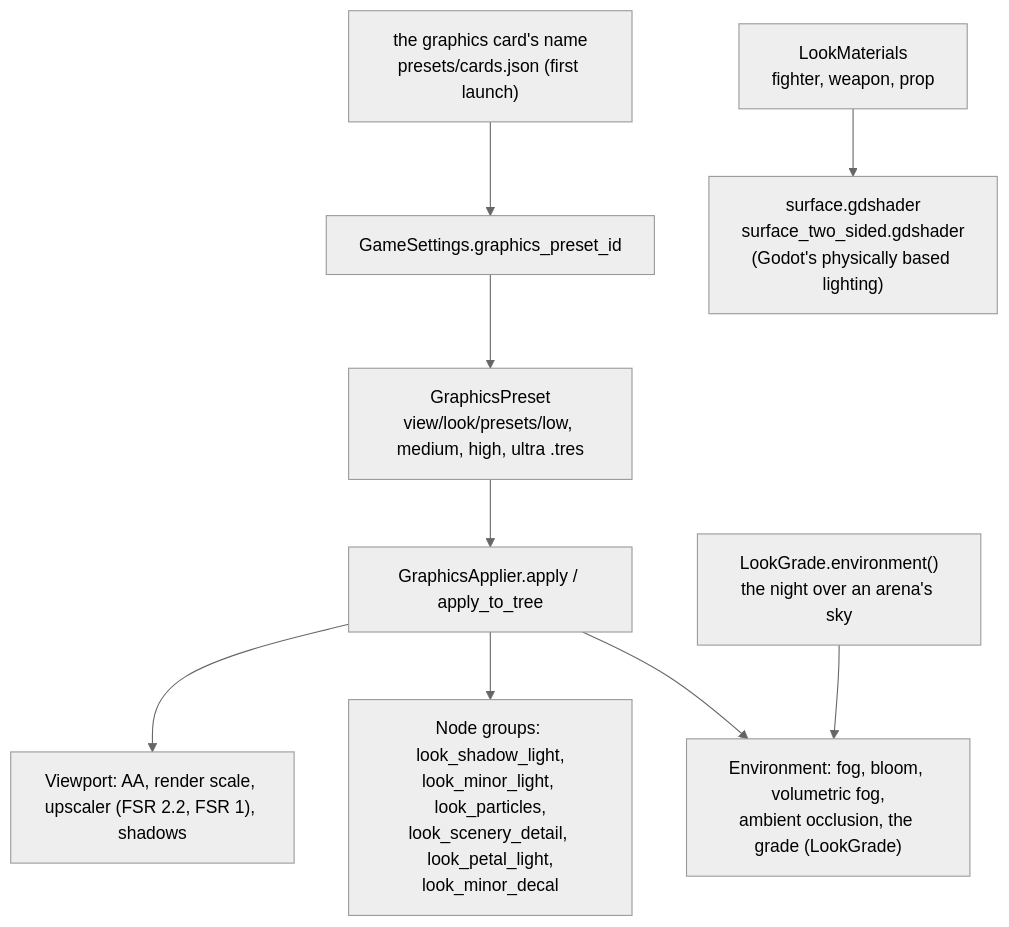
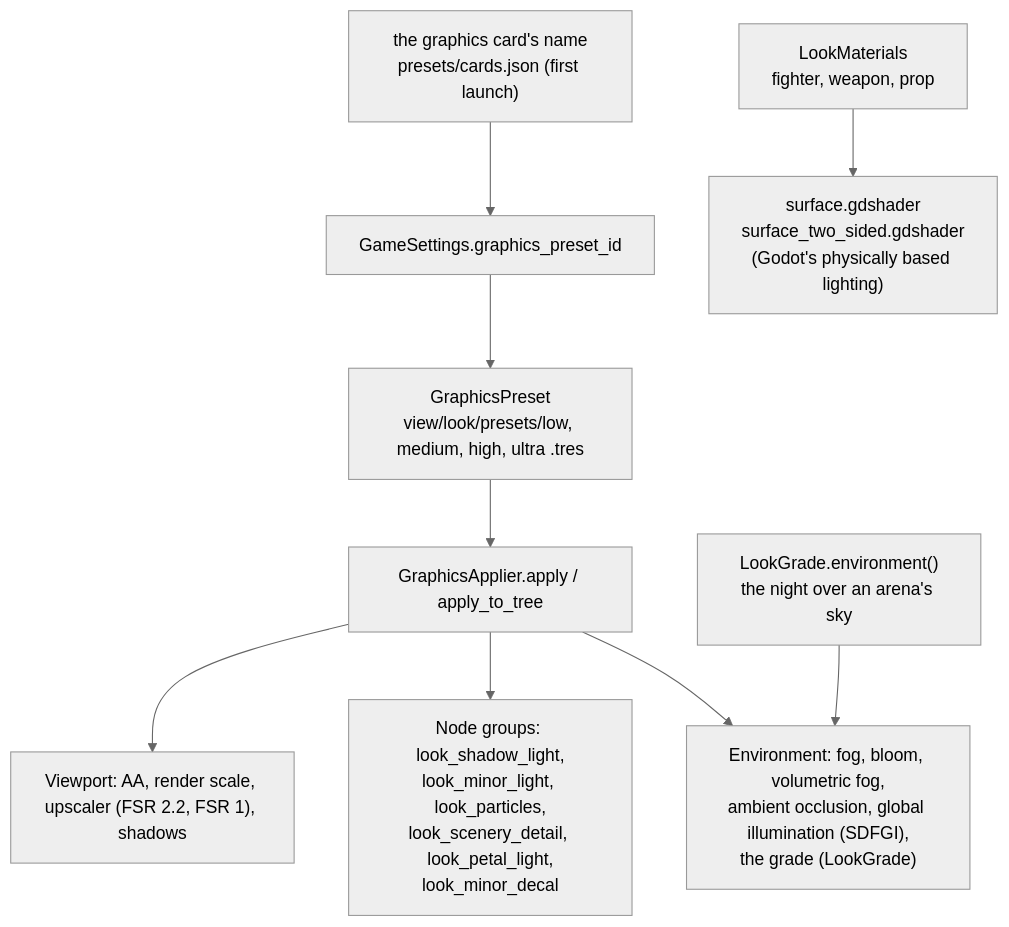
Diagram 15 of 22 in docs/architecture.md (Arod231/monomachia), drawn with Mermaid (neutral theme) before and after one commit. The commit also changed 23 other files, not shown here.

````diff
--- a/docs/architecture.md
+++ b/docs/architecture.md
@@ -787,12 +787,12 @@
 ```mermaid
 flowchart TD
     CARD["the graphics card's name<br/>presets/cards.json (first launch)"] --> GSET
     GSET["GameSettings.graphics_preset_id"] --> PRESET["GraphicsPreset<br/>view/look/presets/low, medium, high, ultra .tres"]
     PRESET --> APP["GraphicsApplier.apply / apply_to_tree"]
     APP --> VP["Viewport: AA, render scale, upscaler (FSR 2.2, FSR 1), shadows"]
     APP --> GROUPS["Node groups: look_shadow_light,<br/>look_minor_light, look_particles,<br/>look_scenery_detail, look_petal_light,<br/>look_minor_decal"]
-    APP --> ENV["Environment: fog, bloom, volumetric fog,<br/>ambient occlusion, the grade (LookGrade)"]
+    APP --> ENV["Environment: fog, bloom, volumetric fog,<br/>ambient occlusion, global illumination (SDFGI),<br/>the grade (LookGrade)"]
 
     LM["LookMaterials<br/>fighter, weapon, prop"] --> SURF["surface.gdshader<br/>surface_two_sided.gdshader<br/>(Godot's physically based lighting)"]
     LG["LookGrade.environment()<br/>the night over an arena's sky"] --> ENV
 ```
````
